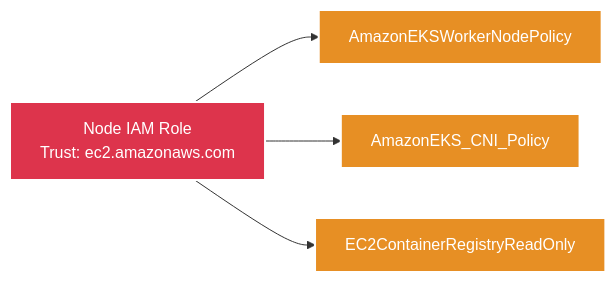
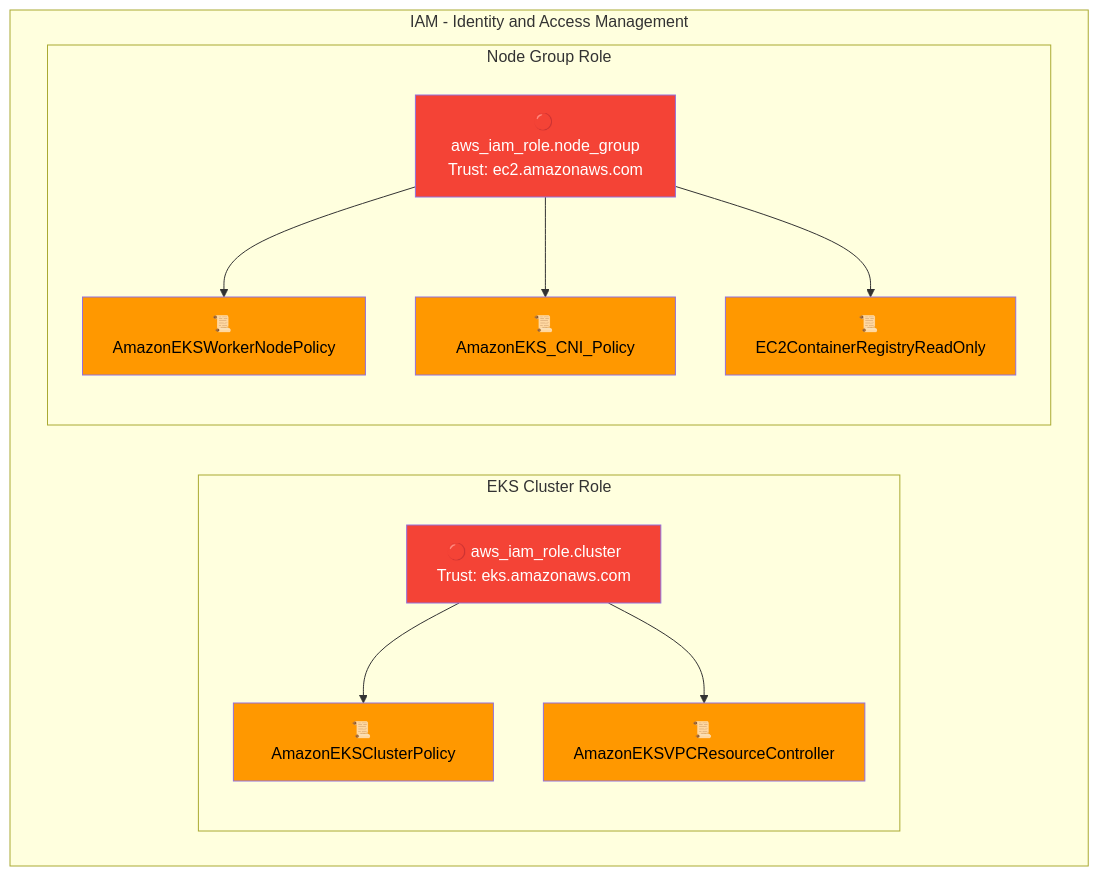
Before and after one commit to selvakumarperumal/EKS_k8s_custom_template_with_Terraform: the fourth of 13 diagrams in docs/architecture-build-steps.md, drawn with Mermaid. The commit also changed other lines of this file, not shown here.

Commit message:
docs: rewrite build steps as proper architecture layout diagrams with subgraphs and styled nodes

````diff
--- a/docs/architecture-build-steps.md
+++ b/docs/architecture-build-steps.md
@@ -197,12 +168,31 @@
 ```mermaid
-graph LR
-    classDef iamStyle fill:#DD344C,stroke:#fff,stroke-width:2px,color:#fff
-    classDef policyStyle fill:#E78F24,stroke:#fff,stroke-width:2px,color:#fff
+graph TB
+    subgraph IAM["IAM - Identity and Access Management"]
 
-    Role["Node IAM Role\nTrust: ec2.amazonaws.com"] --> P1["AmazonEKSWorkerNodePolicy"]
-    Role --> P2["AmazonEKS_CNI_Policy"]
-    Role --> P3["EC2ContainerRegistryReadOnly"]
+        subgraph Cluster_Role["EKS Cluster Role"]
+            CR["🔴 aws_iam_role.cluster\nTrust: eks.amazonaws.com"]
+            CP1["📜 AmazonEKSClusterPolicy"]
+            CP2["📜 AmazonEKSVPCResourceController"]
+            CR --> CP1
+            CR --> CP2
+        end
 
-    class Role iamStyle
-    class P1,P2,P3 policyStyle
+        subgraph Node_Role["Node Group Role"]
+            NR["🔴 aws_iam_role.node_group\nTrust: ec2.amazonaws.com"]
+            NP1["📜 AmazonEKSWorkerNodePolicy"]
+            NP2["📜 AmazonEKS_CNI_Policy"]
+            NP3["📜 EC2ContainerRegistryReadOnly"]
+            NR --> NP1
+            NR --> NP2
+            NR --> NP3
+        end
+    end
+
+    style CR fill:#F44336,color:#fff
+    style NR fill:#F44336,color:#fff
+    style CP1 fill:#FF9800,color:#000
+    style CP2 fill:#FF9800,color:#000
+    style NP1 fill:#FF9800,color:#000
+    style NP2 fill:#FF9800,color:#000
+    style NP3 fill:#FF9800,color:#000
 ```
````
